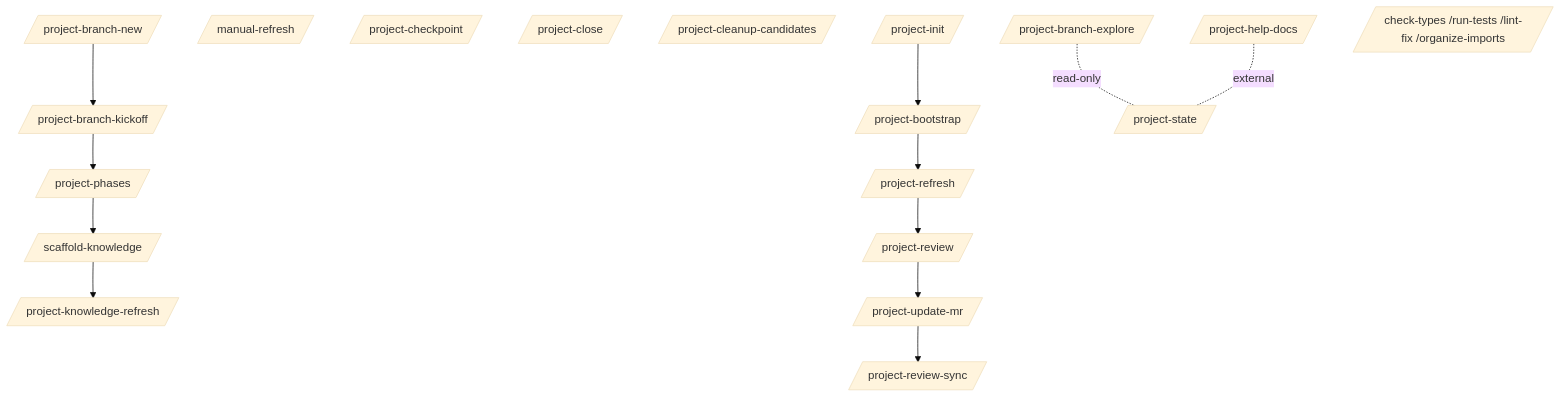
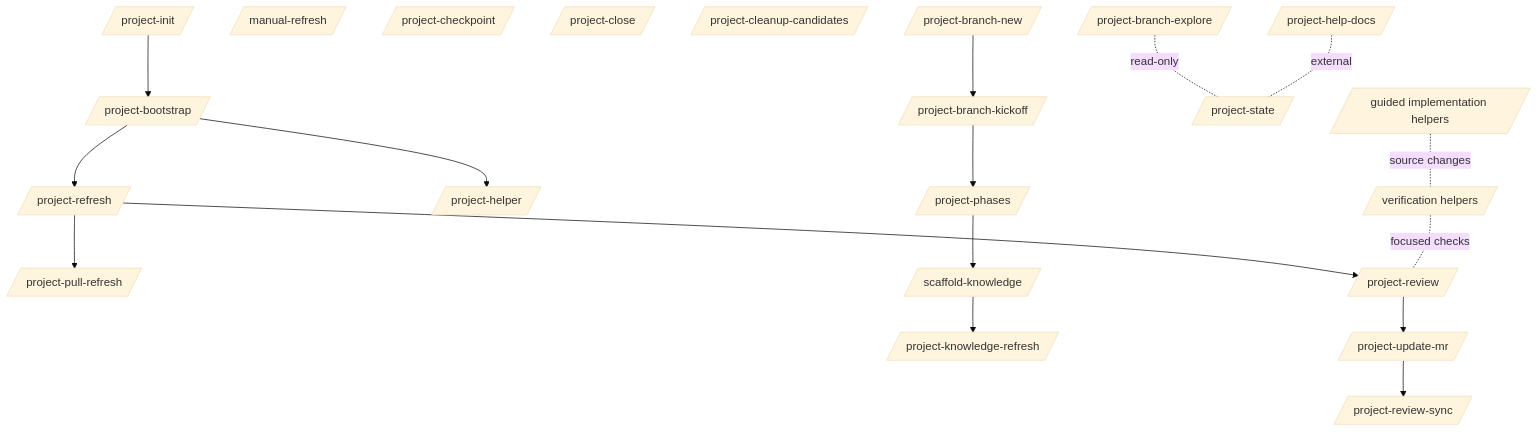
The diagram in docusaurus/commands/index.md (palaeologic/opencode-conductor), drawn with Mermaid (base theme) before and after one commit. The commit also changed other lines of this file and 373 other files, not shown here.

````diff
--- a/docusaurus/commands/index.md
+++ b/docusaurus/commands/index.md
@@ -21,29 +21,35 @@
 ```mermaid
 flowchart TD
   Init[/project-init/]
   Refresh[/project-refresh/]
   Manual[/manual-refresh/]
+  PullRefresh[/project-pull-refresh/]
   Bootstrap[/project-bootstrap/]
+  Helper[/project-helper/]
   Scaffold[/scaffold-knowledge/]
   Phases[/project-phases/]
   Checkpoint[/project-checkpoint/]
   Close[/project-close/]
   Cleanup[/project-cleanup-candidates/]
   KRefresh[/project-knowledge-refresh/]
   Review[/project-review/]
   ReviewSync[/project-review-sync/]
   UpdateMR[/project-update-mr/]
   BNew[/project-branch-new/]
   BKickoff[/project-branch-kickoff/]
   BExplore[/project-branch-explore/]
   State[/project-state/]
   HelpDocs[/project-help-docs/]
-  Verif[/check-types /run-tests /lint-fix /organize-imports/]
+  Verif[/verification helpers/]
+  Impl[/guided implementation helpers/]
 
-  Init --> Bootstrap --> Refresh
+  Init --> Bootstrap --> Refresh --> PullRefresh
+  Bootstrap --> Helper
   BNew --> BKickoff --> Phases --> Scaffold
   Refresh --> Review --> UpdateMR --> ReviewSync
   Scaffold --> KRefresh
   BExplore -. read-only .- State
   HelpDocs -. external .- State
+  Verif -. focused checks .- Review
+  Impl -. source changes .- Verif
 ```
````
